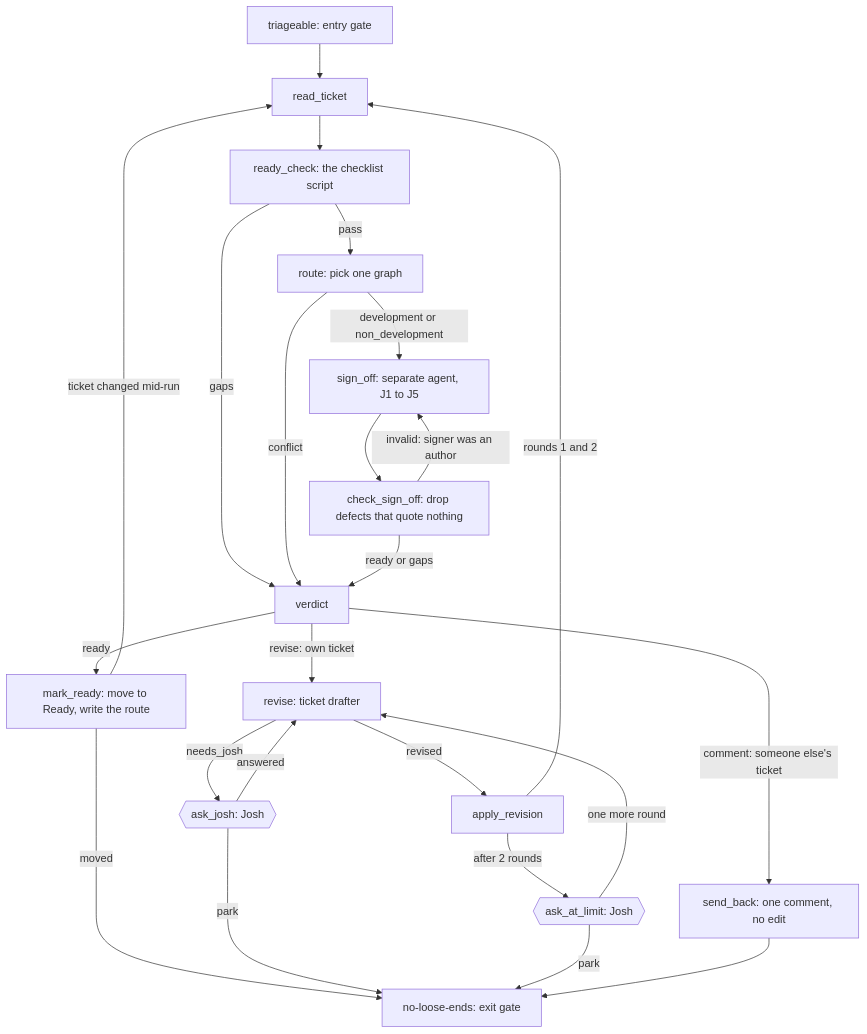
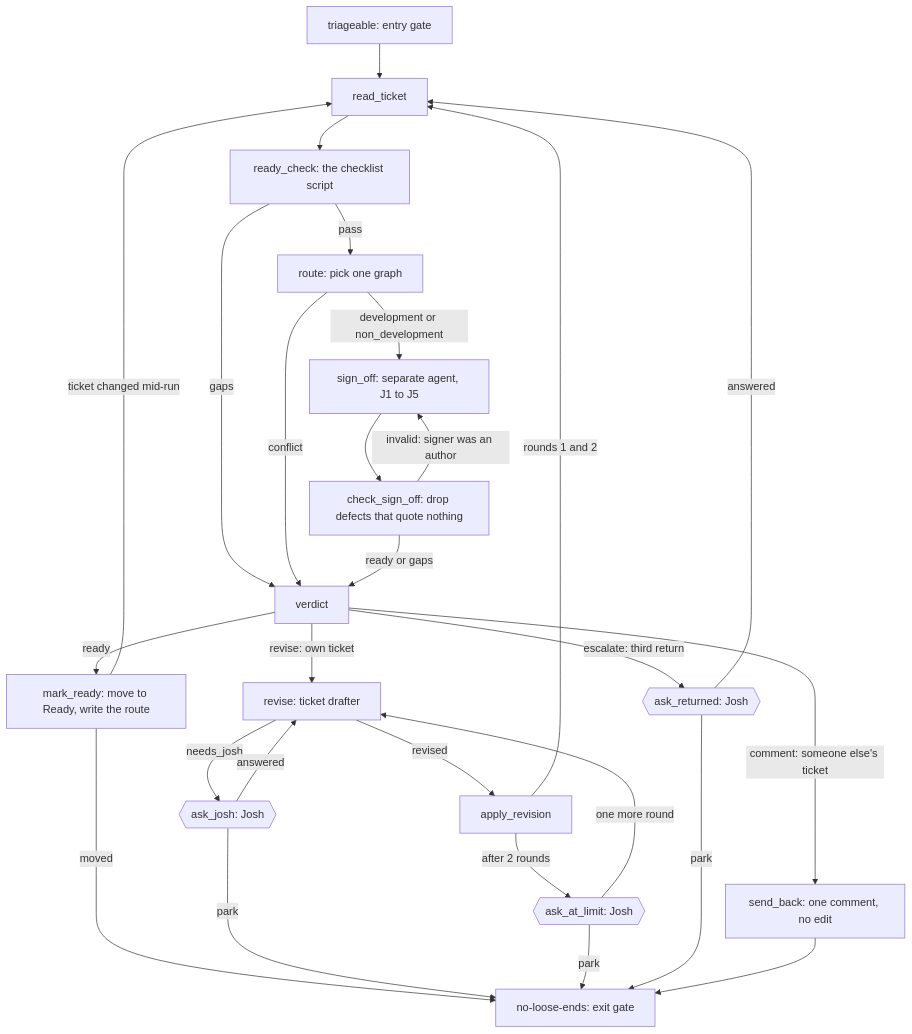
Before and after one commit to joshgilpatrick/josh-360: the second of 2 diagrams in docs/superpowers/specs/2026-11-16-triage-graph-design.md, drawn with Mermaid. The commit also changed other lines of this file, not shown here.

First line of the commit message:
JP-103: Spec: how every loop ends, including between runs and graphs

````diff
--- a/docs/superpowers/specs/2026-11-16-triage-graph-design.md
+++ b/docs/superpowers/specs/2026-11-16-triage-graph-design.md
@@ -56,26 +57,29 @@
 ```mermaid
 flowchart TD
   IN[triageable: entry gate] --> R[read_ticket]
   R --> RC[ready_check: the checklist script]
   RC -->|pass| RT[route: pick one graph]
   RC -->|gaps| V
   RT -->|development or non_development| SO[sign_off: separate agent, J1 to J5]
   RT -->|conflict| V
   SO --> CS[check_sign_off: drop defects that quote nothing]
   CS -->|invalid: signer was an author| SO
   CS -->|ready or gaps| V[verdict]
   V -->|ready| MR[mark_ready: move to Ready, write the route]
   MR -->|ticket changed mid-run| R
   MR -->|moved| X[no-loose-ends: exit gate]
   V -->|revise: own ticket| RV[revise: ticket drafter]
   RV -->|revised| AR[apply_revision]
   AR -->|rounds 1 and 2| R
   AR -->|after 2 rounds| AL{{ask_at_limit: Josh}}
   RV -->|needs_josh| AJ{{ask_josh: Josh}}
   AJ -->|answered| RV
   AJ -->|park| X
   AL -->|one more round| RV
   AL -->|park| X
+  V -->|escalate: third return| AQ{{ask_returned: Josh}}
+  AQ -->|answered| R
+  AQ -->|park| X
   V -->|comment: someone else's ticket| SB[send_back: one comment, no edit]
   SB --> X
 ```
````
